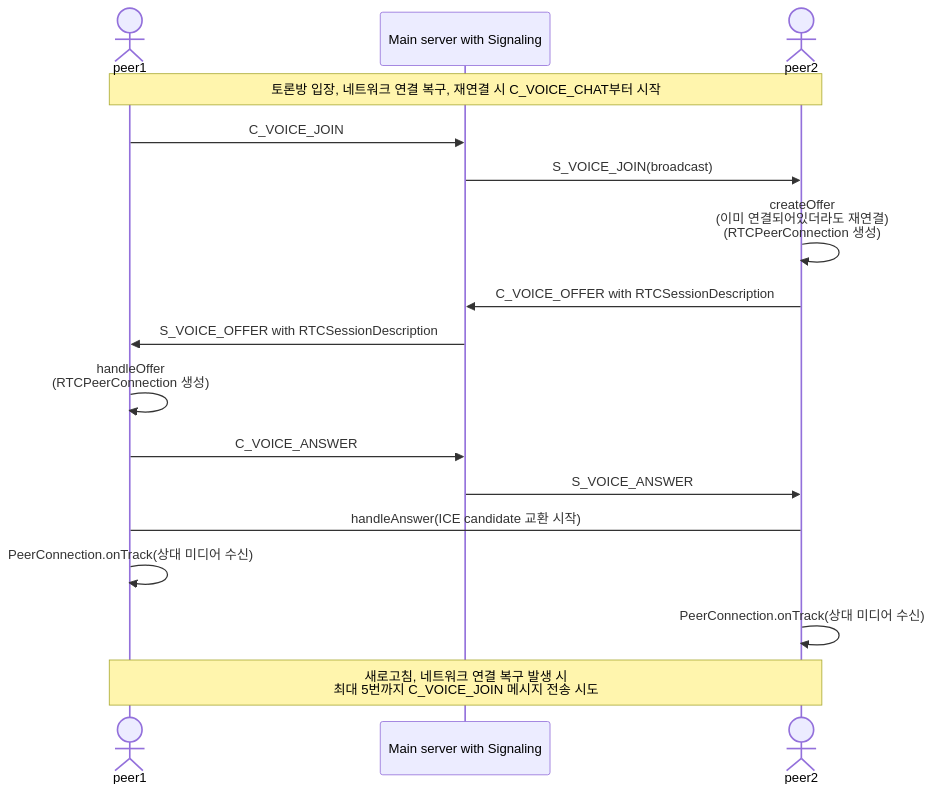
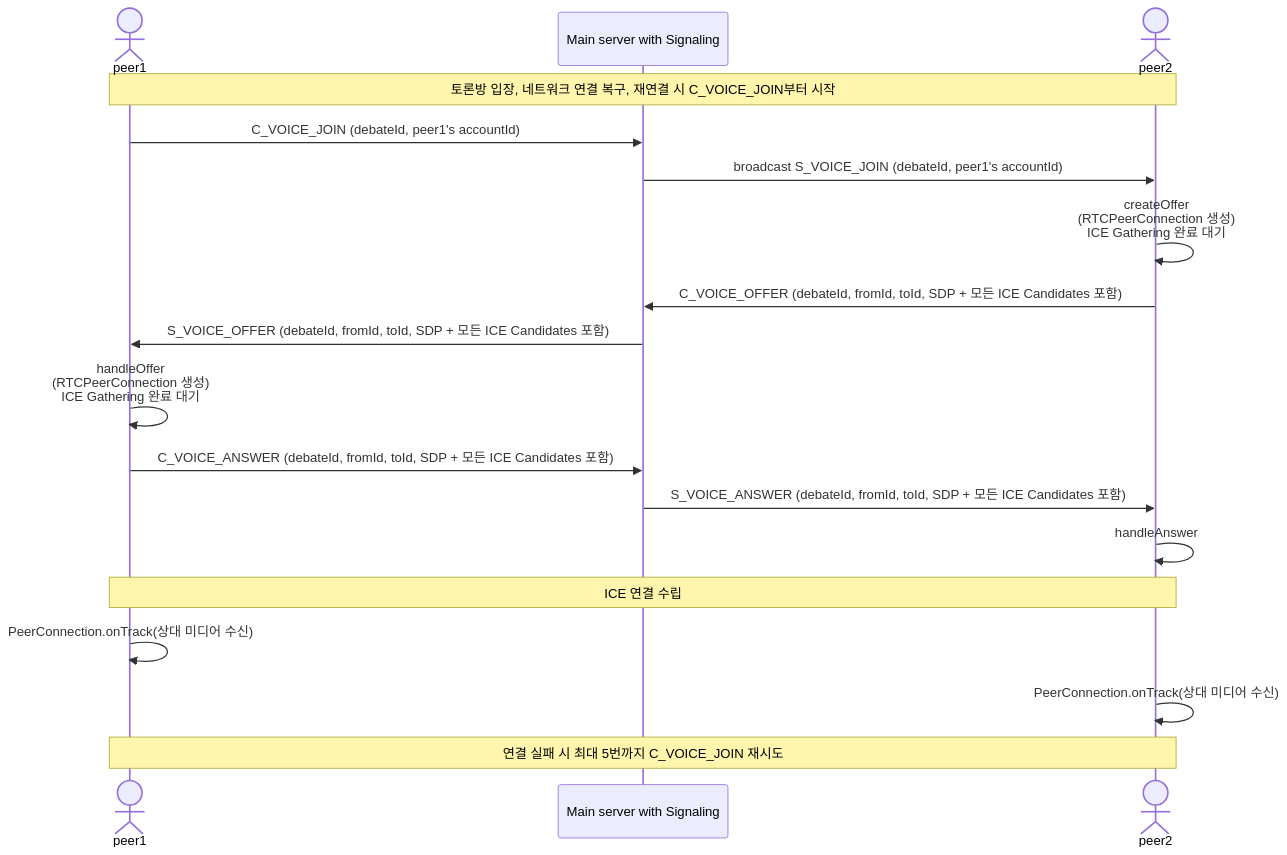
The diagram in README.md (hjch0211/book-talk), drawn with Mermaid before and after one commit. The commit also changed 36 other files, not shown here.

First line of the commit message:
fix: voice chat flow (#57)

````diff
--- a/README.md
+++ b/README.md
@@ -85,21 +85,23 @@
 ```mermaid
 sequenceDiagram
-	actor p1 as peer1
-	participant s as Main server with Signaling
-	actor p2 as peer2
-	
-	note over p1, p2: 토론방 입장, 네트워크 연결 복구, 재연결 시 C_VOICE_CHAT부터 시작
-	p1->>s: C_VOICE_JOIN
-	s->>p2: S_VOICE_JOIN(broadcast)
-	p2->>p2: createOffer<br/>(이미 연결되어있더라도 재연결)<br/>(RTCPeerConnection 생성)
-	p2->>s: C_VOICE_OFFER with RTCSessionDescription
-	s->>p1: S_VOICE_OFFER with RTCSessionDescription
-	p1->>p1: handleOffer<br/>(RTCPeerConnection 생성)
-	p1->>s: C_VOICE_ANSWER
-	s->>p2: S_VOICE_ANSWER
-	p1->p2: handleAnswer(ICE candidate 교환 시작)
-	p1->>p1: PeerConnection.onTrack(상대 미디어 수신)
-	p2->>p2: PeerConnection.onTrack(상대 미디어 수신)
-	
-	note over p1, p2: 새로고침, 네트워크 연결 복구 발생 시<br/>최대 5번까지 C_VOICE_JOIN 메시지 전송 시도
+    actor p1 as peer1
+    participant s as Main server with Signaling
+    actor p2 as peer2
+    
+    note over p1, p2: 토론방 입장, 네트워크 연결 복구, 재연결 시 C_VOICE_JOIN부터 시작
+    p1->>s: C_VOICE_JOIN (debateId, peer1's accountId)
+    s->>p2: broadcast S_VOICE_JOIN (debateId, peer1's accountId)
+    p2->>p2: createOffer<br/>(RTCPeerConnection 생성)<br/>ICE Gathering 완료 대기
+    p2->>s: C_VOICE_OFFER (debateId, fromId, toId, SDP + 모든 ICE Candidates 포함)
+    s->>p1: S_VOICE_OFFER (debateId, fromId, toId, SDP + 모든 ICE Candidates 포함)
+    p1->>p1: handleOffer<br/>(RTCPeerConnection 생성)<br/>ICE Gathering 완료 대기
+    p1->>s: C_VOICE_ANSWER (debateId, fromId, toId, SDP + 모든 ICE Candidates 포함)
+    s->>p2: S_VOICE_ANSWER (debateId, fromId, toId, SDP + 모든 ICE Candidates 포함)
+    p2->>p2: handleAnswer
+    
+    note over p1, p2: ICE 연결 수립
+    p1->>p1: PeerConnection.onTrack(상대 미디어 수신)
+    p2->>p2: PeerConnection.onTrack(상대 미디어 수신)
+    
+    note over p1, p2: 연결 실패 시 최대 5번까지 C_VOICE_JOIN 재시도
 ```
````
